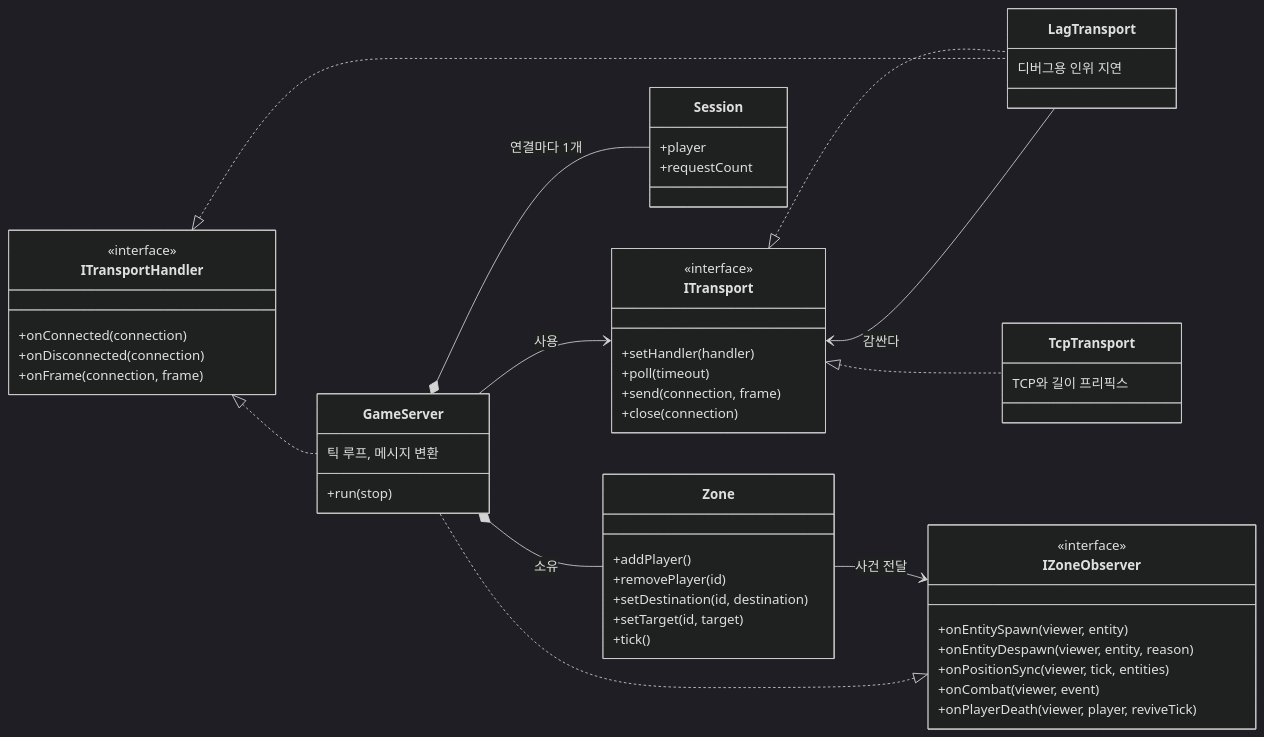
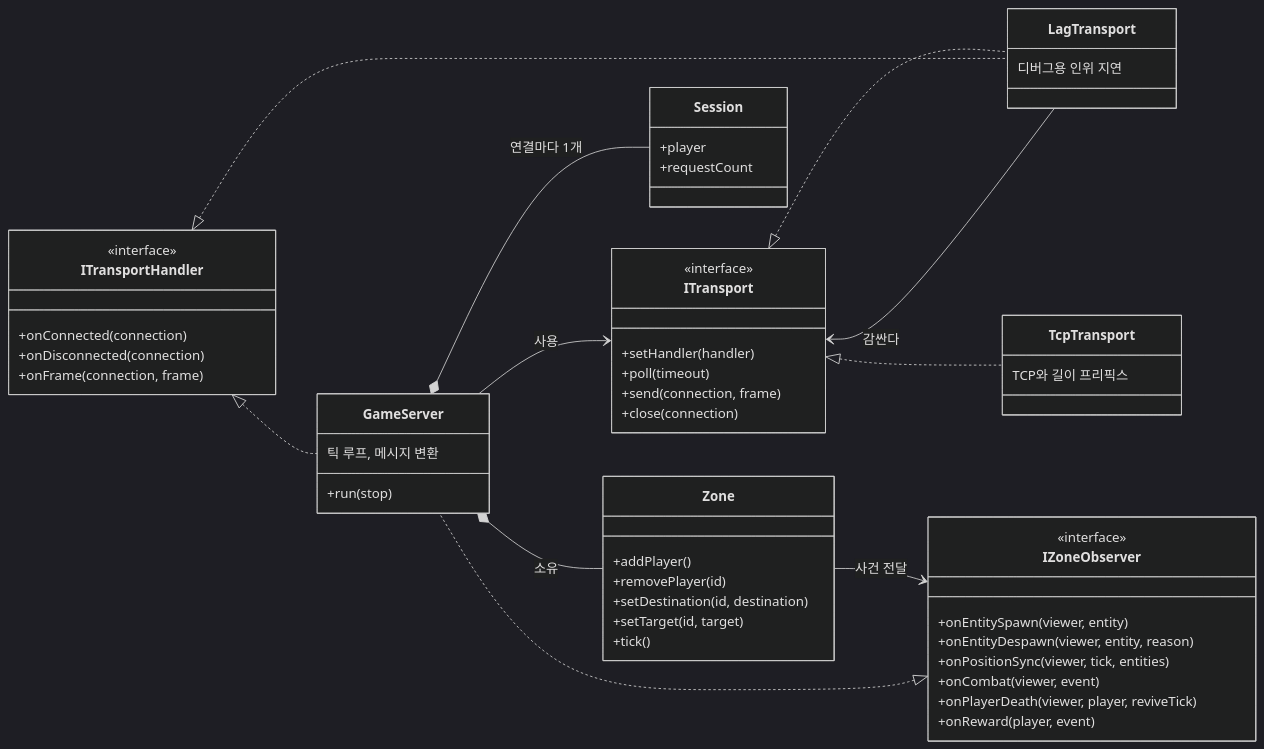
One commit to Dongs9/try_mmo_server changed the diagram in docs/diagrams/src/structure-overview.mmd. Above: the diagram before and after it, drawn with Mermaid (dark theme). The commit also changed 23 other files, not shown here.

```diff
--- a/docs/diagrams/src/structure-overview.mmd
+++ b/docs/diagrams/src/structure-overview.mmd
@@ -1,56 +1,57 @@
 classDiagram
     direction LR
 
     class ITransport {
         <<interface>>
         +setHandler(handler)
         +poll(timeout)
         +send(connection, frame)
         +close(connection)
     }
     class ITransportHandler {
         <<interface>>
         +onConnected(connection)
         +onDisconnected(connection)
         +onFrame(connection, frame)
     }
     class IZoneObserver {
         <<interface>>
         +onEntitySpawn(viewer, entity)
         +onEntityDespawn(viewer, entity, reason)
         +onPositionSync(viewer, tick, entities)
         +onCombat(viewer, event)
         +onPlayerDeath(viewer, player, reviveTick)
+        +onReward(player, event)
     }
     class TcpTransport {
         TCP와 길이 프리픽스
     }
     class LagTransport {
         디버그용 인위 지연
     }
     class GameServer {
         +run(stop)
         틱 루프, 메시지 변환
     }
     class Session {
         +player
         +requestCount
     }
     class Zone {
         +addPlayer()
         +removePlayer(id)
         +setDestination(id, destination)
         +setTarget(id, target)
         +tick()
     }
 
     ITransport <|.. TcpTransport
     ITransport <|.. LagTransport
     ITransportHandler <|.. LagTransport
     ITransportHandler <|.. GameServer
     IZoneObserver <|.. GameServer
     LagTransport --> ITransport : 감싼다
     GameServer --> ITransport : 사용
     GameServer *-- Zone : 소유
     GameServer *-- Session : 연결마다 1개
     Zone --> IZoneObserver : 사건 전달
```
